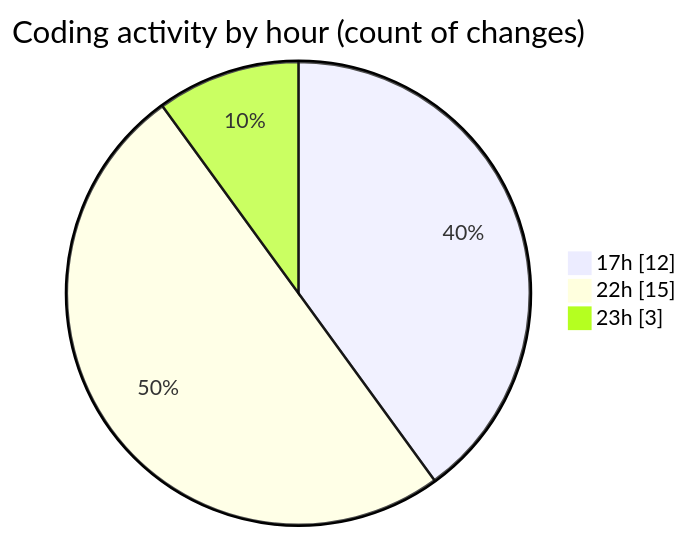
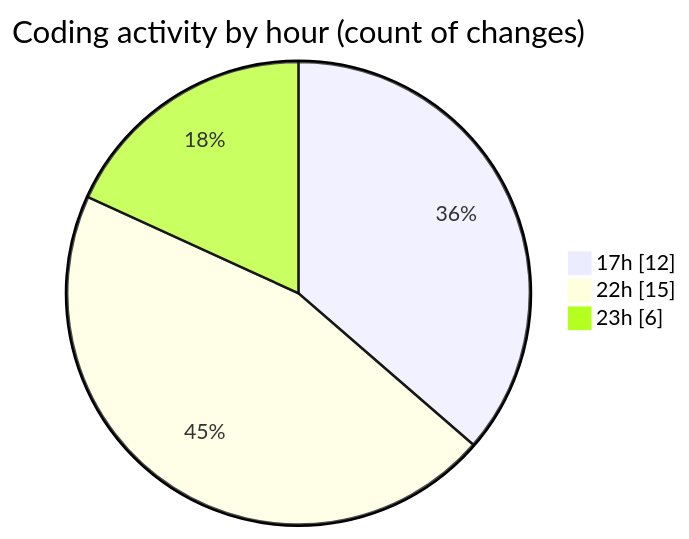
One commit to MatusMokan/code-tracking changed the second of 2 diagrams in 2025-02-25/myws__workspace_/README.md. Above: the diagram before and after it, drawn with Mermaid. The commit also changed other lines of this file and 1 other file, not shown here.

````diff
--- a/2025-02-25/myws__workspace_/README.md
+++ b/2025-02-25/myws__workspace_/README.md
@@ -32,7 +33,7 @@
 ```mermaid
 pie showData
 title Coding activity by hour (count of changes)
 "17h" : 12
 "22h" : 15
-"23h" : 3
+"23h" : 6
 ```
````
